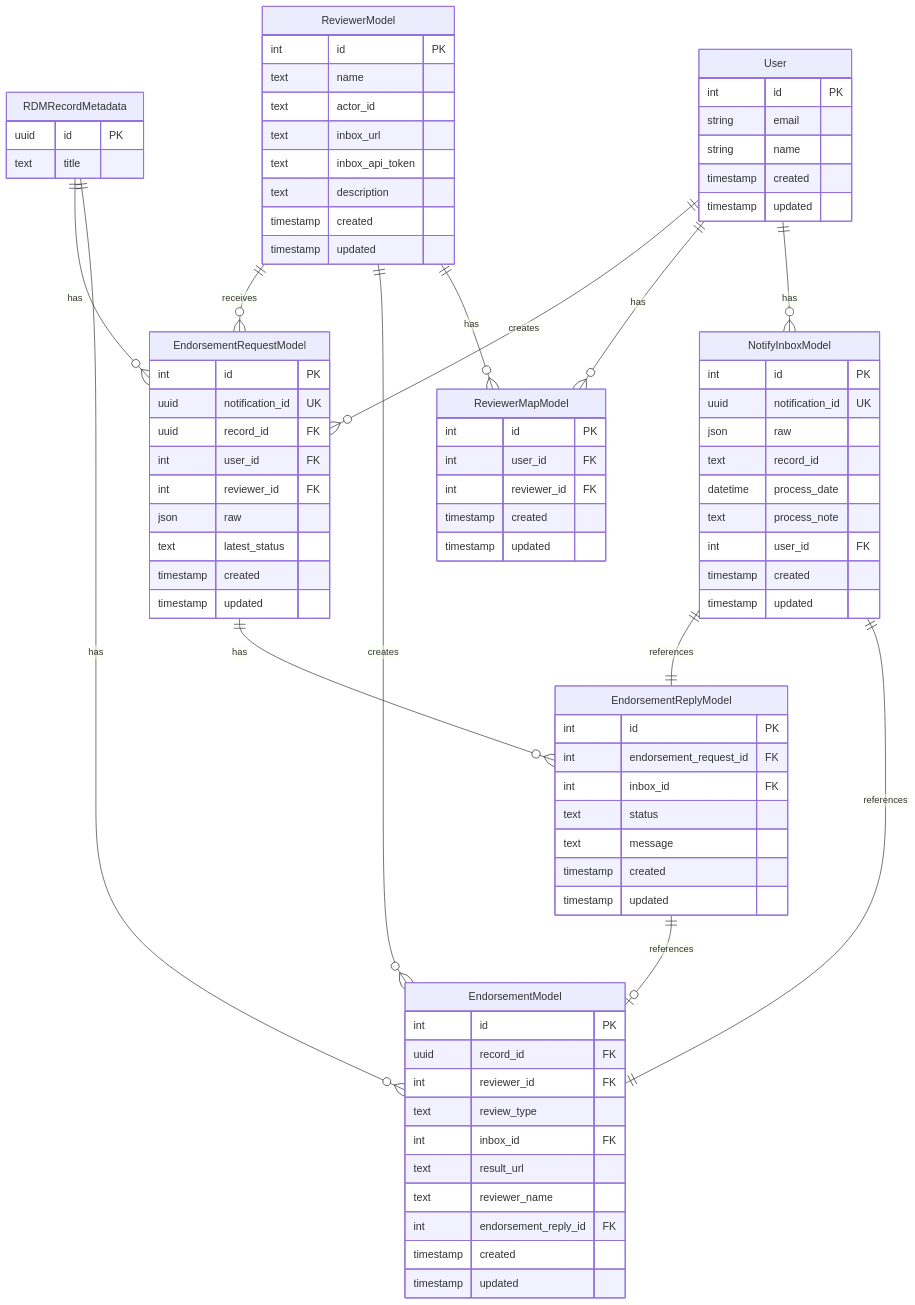
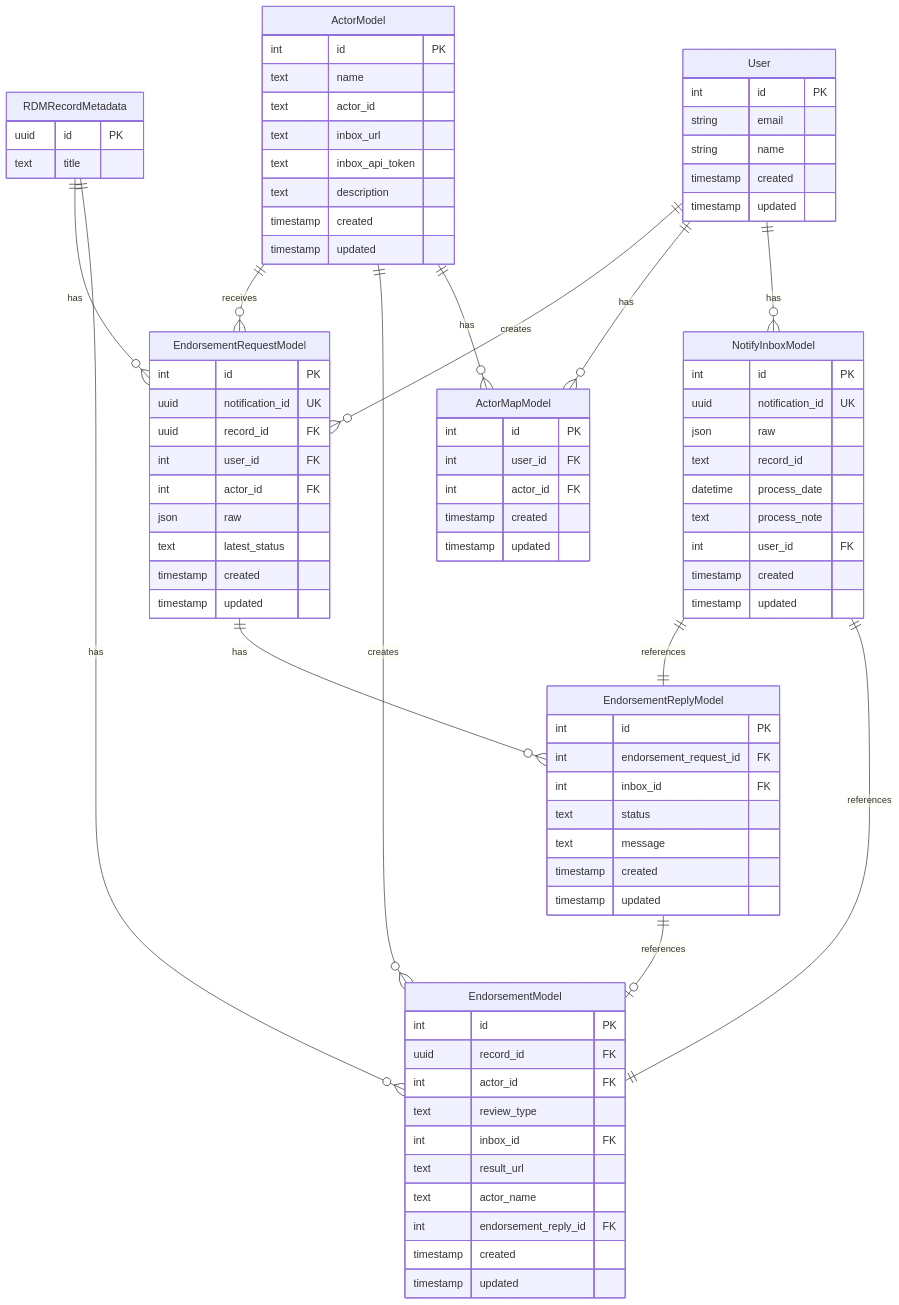
Before and after one commit to CottageLabs/invenio-notify: the diagram in docs/diagram/db.mmd, drawn with Mermaid. The commit also changed 84 other files, not shown here.

```diff
--- a/docs/diagram/db.mmd
+++ b/docs/diagram/db.mmd
@@ -1,98 +1,98 @@
 %% sources of file: invenio_notify/records/models.py
 
 erDiagram
     User ||--o{ NotifyInboxModel : has
-    User ||--o{ ReviewerMapModel : has
+    User ||--o{ ActorMapModel : has
     User ||--o{ EndorsementRequestModel : creates
     
-    ReviewerModel ||--o{ ReviewerMapModel : has
-    ReviewerModel ||--o{ EndorsementModel : creates
-    ReviewerModel ||--o{ EndorsementRequestModel : receives
+    ActorModel ||--o{ ActorMapModel : has
+    ActorModel ||--o{ EndorsementModel : creates
+    ActorModel ||--o{ EndorsementRequestModel : receives
     
     RDMRecordMetadata ||--o{ EndorsementModel : has
     RDMRecordMetadata ||--o{ EndorsementRequestModel : has
     
     NotifyInboxModel ||--|| EndorsementModel : references
     NotifyInboxModel ||--|| EndorsementReplyModel : references
     
     EndorsementRequestModel ||--o{ EndorsementReplyModel : has
     EndorsementReplyModel ||--o| EndorsementModel : references
     
     User {
         int id PK
         string email
         string name
         timestamp created
         timestamp updated
     }
     
     NotifyInboxModel {
         int id PK
         uuid notification_id UK
         json raw
         text record_id
         datetime process_date
         text process_note
         int user_id FK
         timestamp created
         timestamp updated
     }
     
-    ReviewerMapModel {
+    ActorMapModel {
         int id PK
         int user_id FK
-        int reviewer_id FK
+        int actor_id FK
         timestamp created
         timestamp updated
     }
     
-    ReviewerModel {
+    ActorModel {
         int id PK
         text name
         text actor_id
         text inbox_url
         text inbox_api_token
         text description
         timestamp created
         timestamp updated
     }
     
     EndorsementModel {
         int id PK
         uuid record_id FK
-        int reviewer_id FK
+        int actor_id FK
         text review_type
         int inbox_id FK
         text result_url
-        text reviewer_name
+        text actor_name
         int endorsement_reply_id FK
         timestamp created
         timestamp updated
     }
     
     EndorsementRequestModel {
         int id PK
         uuid notification_id UK
         uuid record_id FK
         int user_id FK
-        int reviewer_id FK
+        int actor_id FK
         json raw
         text latest_status
         timestamp created
         timestamp updated
     }
     
     EndorsementReplyModel {
         int id PK
         int endorsement_request_id FK
         int inbox_id FK
         text status
         text message
         timestamp created
         timestamp updated
     }
     
     RDMRecordMetadata {
         uuid id PK
         text title
     }
```
